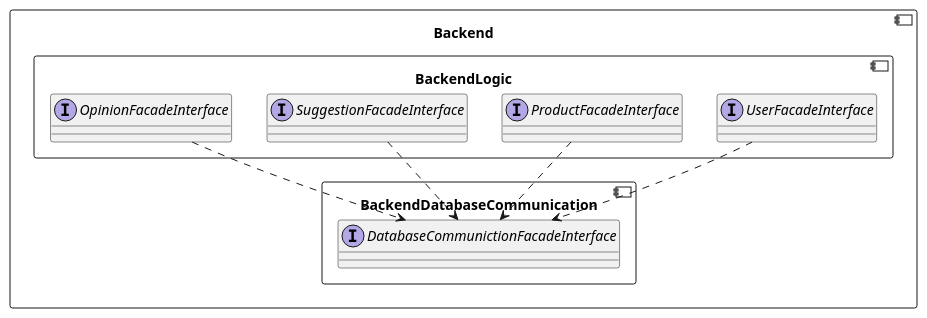
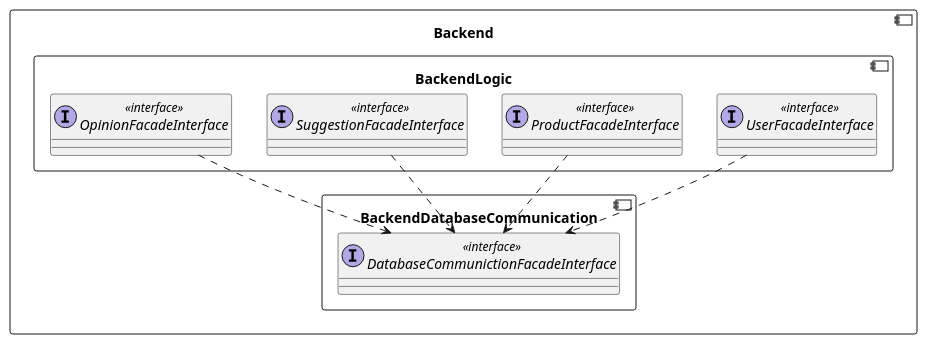
One commit to RadekBucki/OpinionCollectorArchitecture changed the first of 5 diagrams in backend/BackendLogic.md. Above: the diagram before and after it, drawn with PlantUML. The commit also changed other lines of this file and 1 other file, not shown here.

````diff
--- a/backend/BackendLogic.md
+++ b/backend/BackendLogic.md
@@ -3,21 +3,21 @@
 ```plantuml
 @startuml
 component Backend {
     component BackendDatabaseCommunication {
-        interface DatabaseCommunictionFacadeInterface
+        interface DatabaseCommunictionFacadeInterface <<interface>>
     }
     
     component BackendLogic {
-        interface UserFacadeInterface
-        interface ProductFacadeInterface
-        interface SuggestionFacadeInterface
-        interface OpinionFacadeInterface
+        interface UserFacadeInterface <<interface>>
+        interface ProductFacadeInterface <<interface>>
+        interface SuggestionFacadeInterface <<interface>>
+        interface OpinionFacadeInterface <<interface>>
         
         UserFacadeInterface       ..> DatabaseCommunictionFacadeInterface
         ProductFacadeInterface    ..> DatabaseCommunictionFacadeInterface
         SuggestionFacadeInterface ..> DatabaseCommunictionFacadeInterface
         OpinionFacadeInterface    ..> DatabaseCommunictionFacadeInterface
     }
 }
 @enduml 
 ```
````
